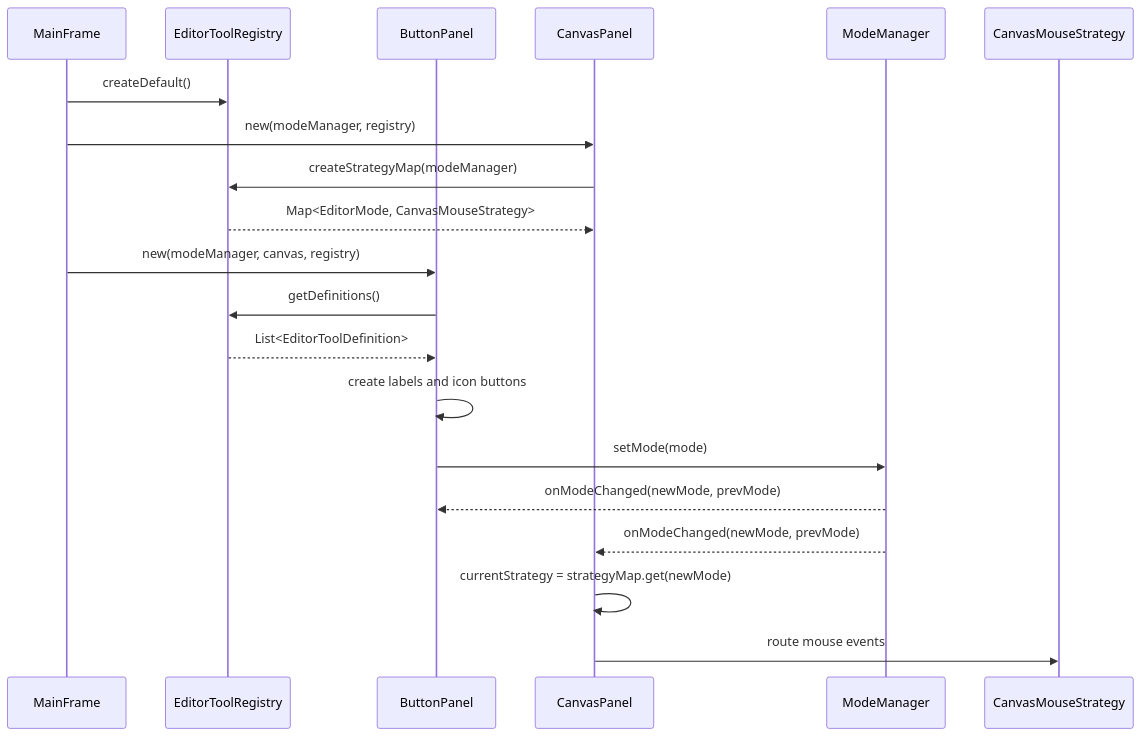
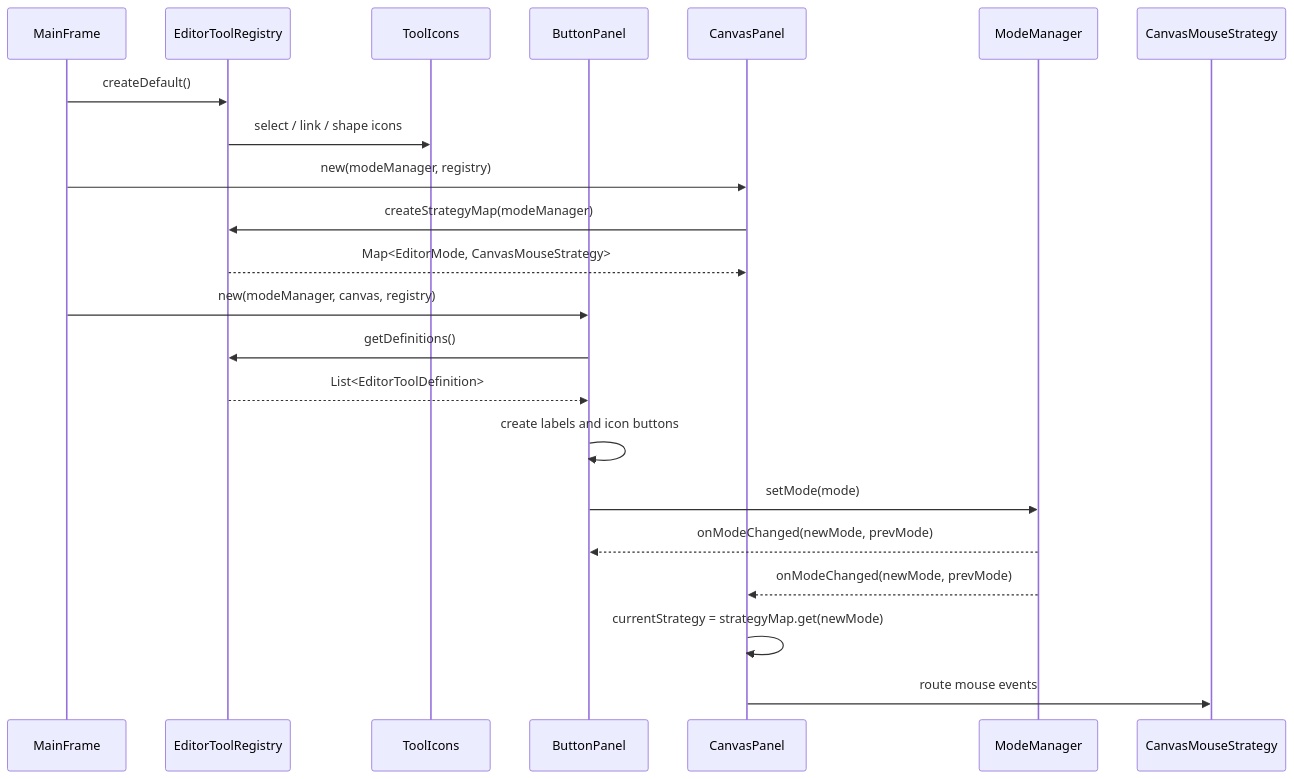
The fourth of 11 diagrams in ARCHITECTURE.md (HsuChen88/UML-demo), drawn with Mermaid before and after one commit. The commit also changed other lines of this file, not shown here.

Commit message:
docs: upate ARCHITECTURE.md

````diff
--- a/ARCHITECTURE.md
+++ b/ARCHITECTURE.md
@@ -271,24 +340,26 @@
 ```mermaid
 sequenceDiagram
     participant MF as MainFrame
     participant Registry as EditorToolRegistry
+    participant Icons as ToolIcons
     participant BP as ButtonPanel
     participant CP as CanvasPanel
     participant MM as ModeManager
     participant Strategy as CanvasMouseStrategy
 
     MF->>Registry: createDefault()
+    Registry->>Icons: select / link / shape icons
     MF->>CP: new(modeManager, registry)
     CP->>Registry: createStrategyMap(modeManager)
     Registry-->>CP: Map<EditorMode, CanvasMouseStrategy>
     MF->>BP: new(modeManager, canvas, registry)
     BP->>Registry: getDefinitions()
     Registry-->>BP: List<EditorToolDefinition>
     BP->>BP: create labels and icon buttons
 
     BP->>MM: setMode(mode)
     MM-->>BP: onModeChanged(newMode, prevMode)
     MM-->>CP: onModeChanged(newMode, prevMode)
     CP->>CP: currentStrategy = strategyMap.get(newMode)
     CP->>Strategy: route mouse events
 ```
````
